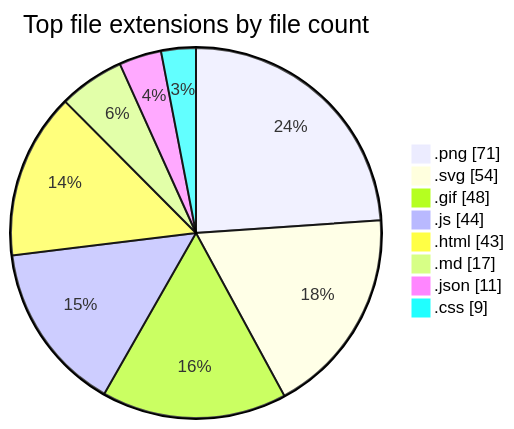
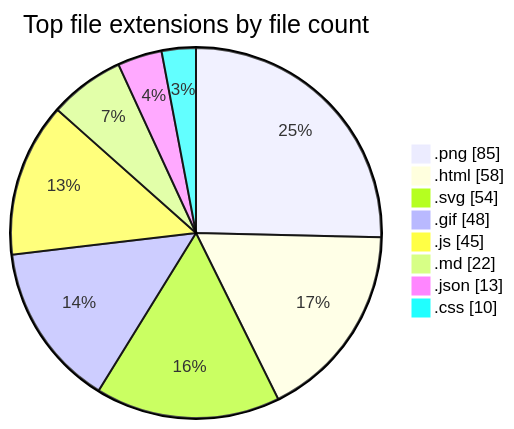
The second of 2 diagrams in README.md (tchinso/tchinso), drawn with Mermaid before and after one commit. The commit also changed other lines of this file, not shown here.

````diff
--- a/README.md
+++ b/README.md
@@ -46,12 +46,12 @@
 ```mermaid
 pie showData
     title Top file extensions by file count
-    ".png" : 71
+    ".png" : 85
+    ".html" : 58
     ".svg" : 54
     ".gif" : 48
-    ".js" : 44
-    ".html" : 43
-    ".md" : 17
-    ".json" : 11
-    ".css" : 9
+    ".js" : 45
+    ".md" : 22
+    ".json" : 13
+    ".css" : 10
 ```
````
